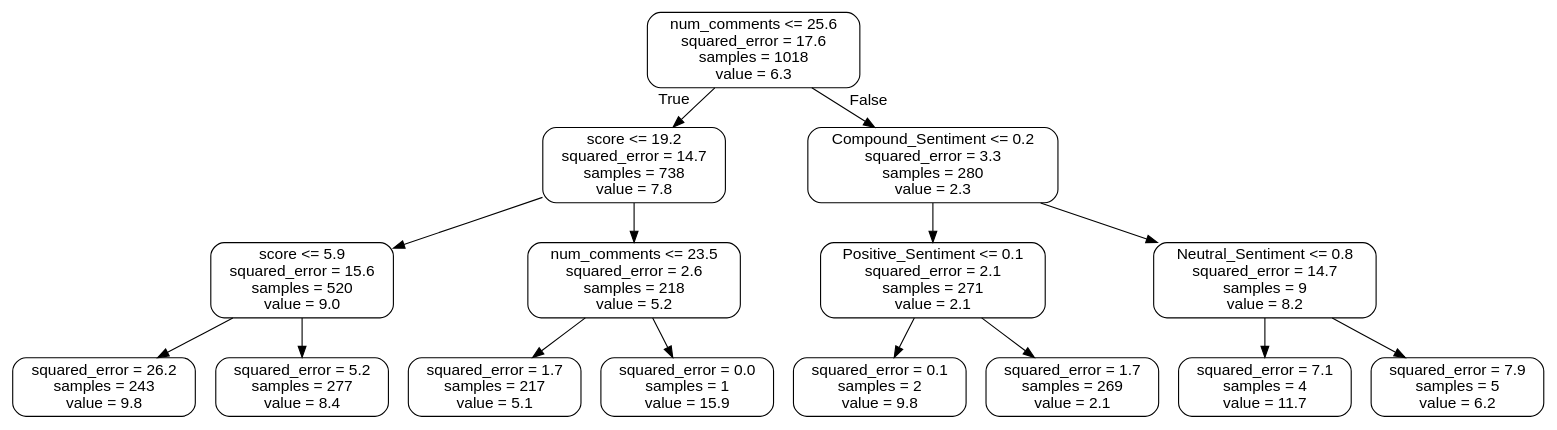
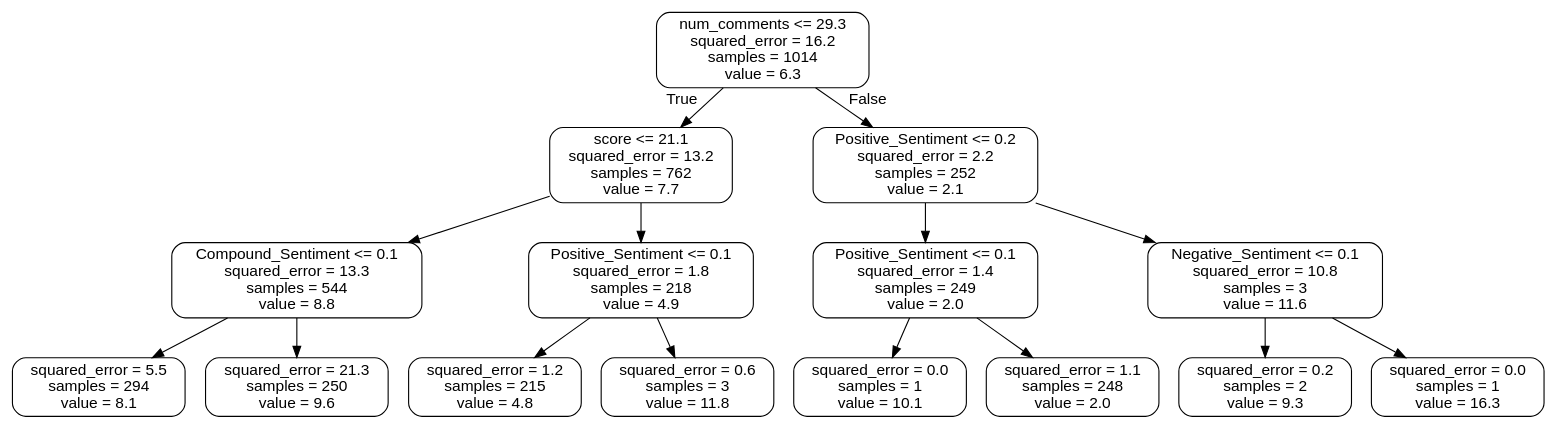
The diagram in data/tree/small_tree.dot (JKelly423/SqueezeNet), drawn with Graphviz before and after one commit. The commit also changed 30 other files, not shown here.

```diff
--- a/data/tree/small_tree.dot
+++ b/data/tree/small_tree.dot
@@ -1,33 +1,33 @@
 digraph Tree {
 node [shape=box, style="rounded", color="black", fontname="helvetica"] ;
 edge [fontname="helvetica"] ;
-0 [label="num_comments <= 25.6\nsquared_error = 17.6\nsamples = 1018\nvalue = 6.3"] ;
-1 [label="score <= 19.2\nsquared_error = 14.7\nsamples = 738\nvalue = 7.8"] ;
+0 [label="num_comments <= 29.3\nsquared_error = 16.2\nsamples = 1014\nvalue = 6.3"] ;
+1 [label="score <= 21.1\nsquared_error = 13.2\nsamples = 762\nvalue = 7.7"] ;
 0 -> 1 [labeldistance=2.5, labelangle=45, headlabel="True"] ;
-2 [label="score <= 5.9\nsquared_error = 15.6\nsamples = 520\nvalue = 9.0"] ;
+2 [label="Compound_Sentiment <= 0.1\nsquared_error = 13.3\nsamples = 544\nvalue = 8.8"] ;
 1 -> 2 ;
-3 [label="squared_error = 26.2\nsamples = 243\nvalue = 9.8"] ;
+3 [label="squared_error = 5.5\nsamples = 294\nvalue = 8.1"] ;
 2 -> 3 ;
-4 [label="squared_error = 5.2\nsamples = 277\nvalue = 8.4"] ;
+4 [label="squared_error = 21.3\nsamples = 250\nvalue = 9.6"] ;
 2 -> 4 ;
-5 [label="num_comments <= 23.5\nsquared_error = 2.6\nsamples = 218\nvalue = 5.2"] ;
+5 [label="Positive_Sentiment <= 0.1\nsquared_error = 1.8\nsamples = 218\nvalue = 4.9"] ;
 1 -> 5 ;
-6 [label="squared_error = 1.7\nsamples = 217\nvalue = 5.1"] ;
+6 [label="squared_error = 1.2\nsamples = 215\nvalue = 4.8"] ;
 5 -> 6 ;
-7 [label="squared_error = 0.0\nsamples = 1\nvalue = 15.9"] ;
+7 [label="squared_error = 0.6\nsamples = 3\nvalue = 11.8"] ;
 5 -> 7 ;
-8 [label="Compound_Sentiment <= 0.2\nsquared_error = 3.3\nsamples = 280\nvalue = 2.3"] ;
+8 [label="Positive_Sentiment <= 0.2\nsquared_error = 2.2\nsamples = 252\nvalue = 2.1"] ;
 0 -> 8 [labeldistance=2.5, labelangle=-45, headlabel="False"] ;
-9 [label="Positive_Sentiment <= 0.1\nsquared_error = 2.1\nsamples = 271\nvalue = 2.1"] ;
+9 [label="Positive_Sentiment <= 0.1\nsquared_error = 1.4\nsamples = 249\nvalue = 2.0"] ;
 8 -> 9 ;
-10 [label="squared_error = 0.1\nsamples = 2\nvalue = 9.8"] ;
+10 [label="squared_error = 0.0\nsamples = 1\nvalue = 10.1"] ;
 9 -> 10 ;
-11 [label="squared_error = 1.7\nsamples = 269\nvalue = 2.1"] ;
+11 [label="squared_error = 1.1\nsamples = 248\nvalue = 2.0"] ;
 9 -> 11 ;
-12 [label="Neutral_Sentiment <= 0.8\nsquared_error = 14.7\nsamples = 9\nvalue = 8.2"] ;
+12 [label="Negative_Sentiment <= 0.1\nsquared_error = 10.8\nsamples = 3\nvalue = 11.6"] ;
 8 -> 12 ;
-13 [label="squared_error = 7.1\nsamples = 4\nvalue = 11.7"] ;
+13 [label="squared_error = 0.2\nsamples = 2\nvalue = 9.3"] ;
 12 -> 13 ;
-14 [label="squared_error = 7.9\nsamples = 5\nvalue = 6.2"] ;
+14 [label="squared_error = 0.0\nsamples = 1\nvalue = 16.3"] ;
 12 -> 14 ;
 }
```
